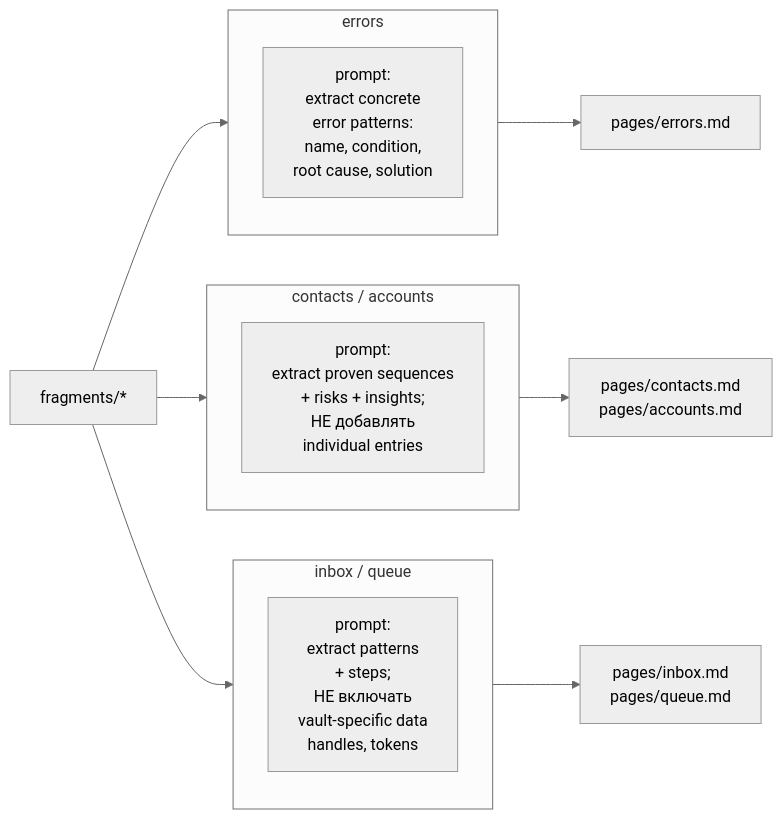
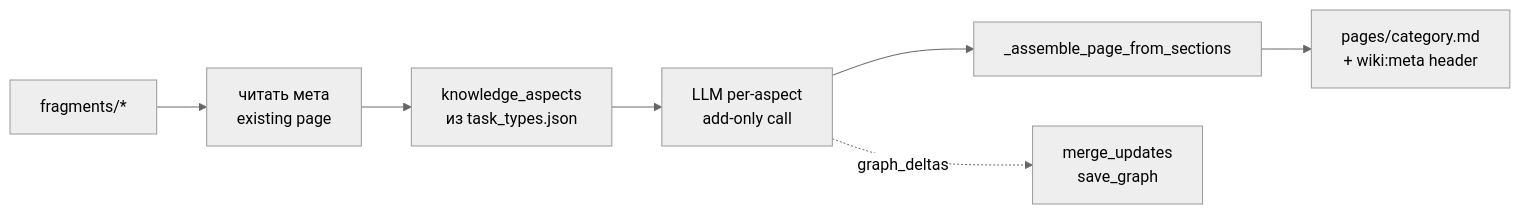
Before and after one commit to ikeniborn/pac1-tool: the fifth of 8 diagrams in docs/architecture/07-wiki-memory.md, drawn with Mermaid (neutral theme). The commit also changed other lines of this file and 1 other file, not shown here.

Commit message:
docs(arch): actualize 06+07 for wiki quality and aspect synthesis
06-evaluator: replace EVALUATOR_WIKI_MAX_CHARS=3000 with three
quality-scaled vars (NASCENT/DEVELOPING/MATURE); update reference_patterns
description to mention quality-based limits.

07-wiki-memory: update lifecycle diagram (aspect-by-aspect synthesis),
replace Per-category section with Aspect-by-aspect section reflecting
_llm_synthesize_v2; add Page quality table (nascent/developing/mature).

````diff
--- a/docs/architecture/07-wiki-memory.md
+++ b/docs/architecture/07-wiki-memory.md
@@ -131,22 +133,9 @@
 ```mermaid
 flowchart LR
-    subgraph errors[errors]
-        EP[prompt:<br/>extract concrete<br/>error patterns:<br/>name, condition,<br/>root cause, solution]
-    end
-
-    subgraph contacts[contacts / accounts]
-        CP[prompt:<br/>extract proven sequences<br/>+ risks + insights;<br/>НЕ добавлять<br/>individual entries]
-    end
-
-    subgraph inbox[inbox / queue]
-        IP[prompt:<br/>extract patterns<br/>+ steps;<br/>НЕ включать<br/>vault-specific data<br/>handles, tokens]
-    end
-
-    Frags[fragments/*] --> errors
-    Frags --> contacts
-    Frags --> inbox
-
-    errors --> EpOut[pages/errors.md]
-    contacts --> CpOut[pages/contacts.md<br/>pages/accounts.md]
-    inbox --> IpOut[pages/inbox.md<br/>pages/queue.md]
+    Frags[fragments/*] --> ReadMeta[читать мета<br/>existing page]
+    ReadMeta --> Aspects[knowledge_aspects<br/>из task_types.json]
+    Aspects --> PerAsp[LLM per-aspect<br/>add-only call]
+    PerAsp --> Assemble[_assemble_page_from_sections]
+    Assemble --> Page[pages/category.md<br/>+ wiki:meta header]
+    PerAsp -.graph_deltas.-> Graph[merge_updates<br/>save_graph]
 ```
````
